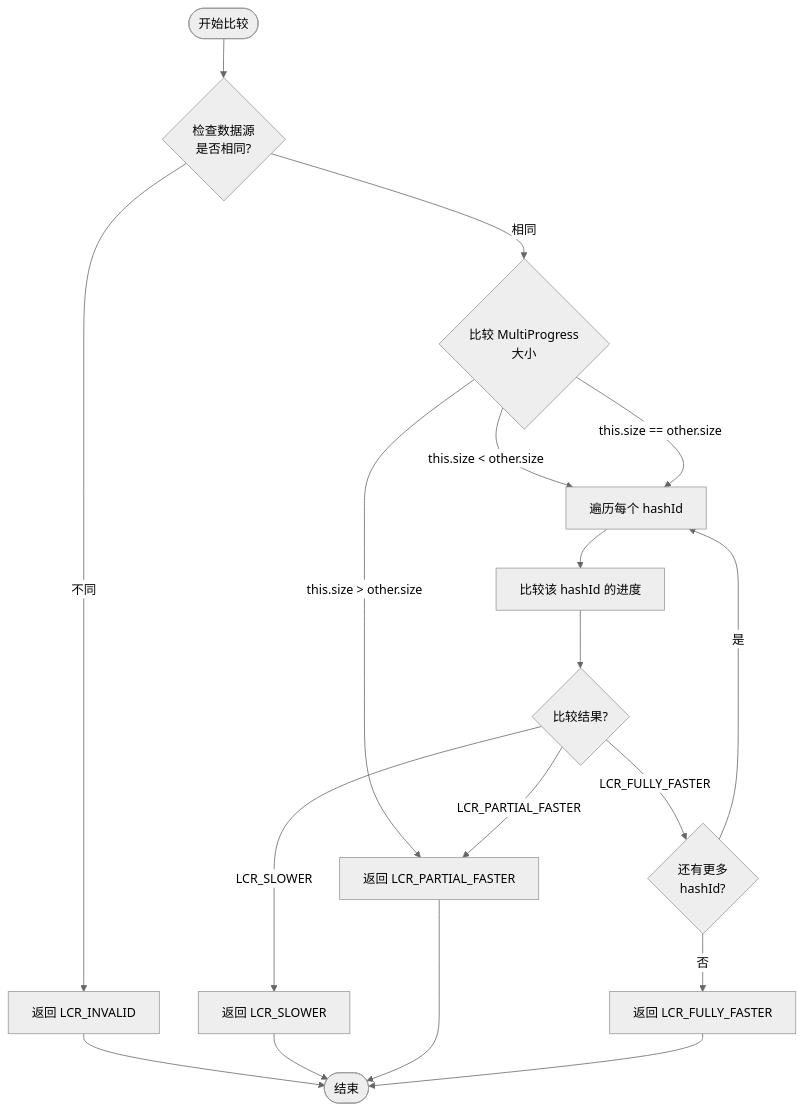
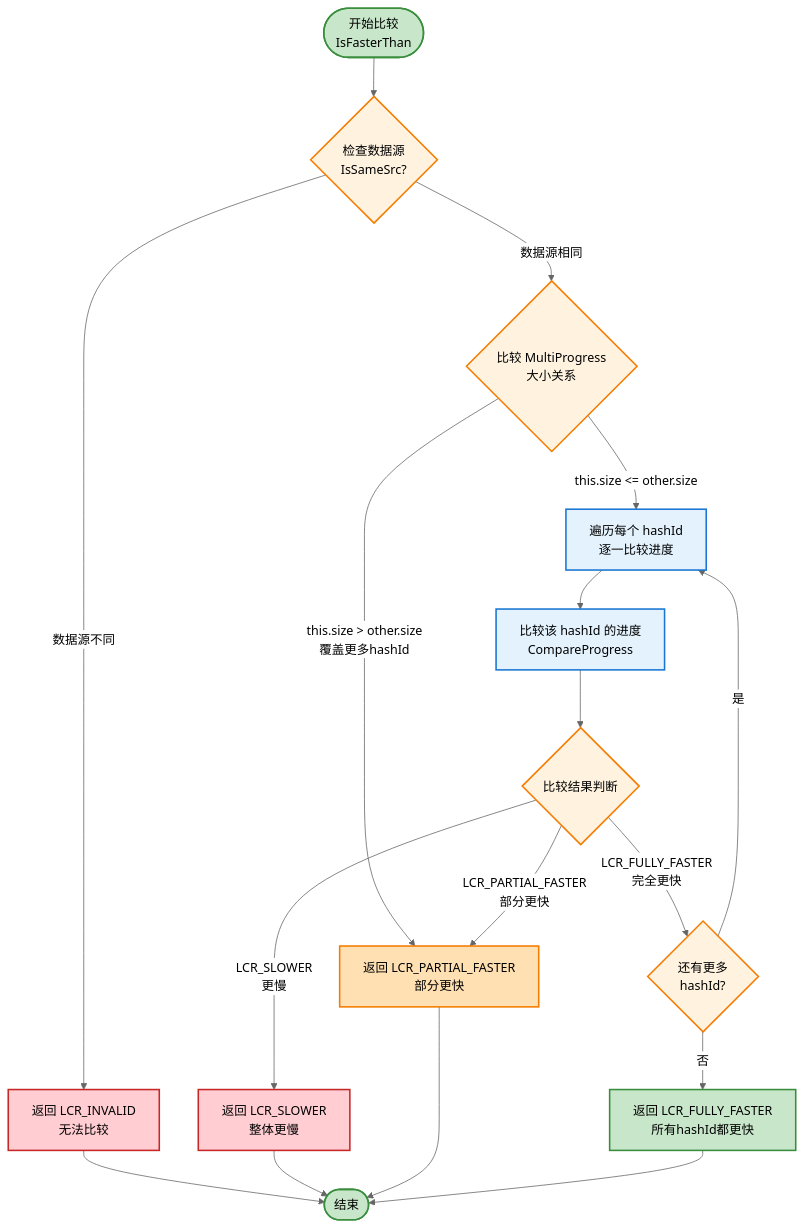
The sixth of 44 diagrams in _posts/2025-07-22-indexlib-9-locator-consistency.md (zhouzhilong-commits/zhouzhilong-commits.github.io), drawn with Mermaid (neutral theme) before and after one commit. The commit also changed other lines of this file and 6 other files, not shown here.

````diff
--- a/_posts/2025-07-22-indexlib-9-locator-consistency.md
+++ b/_posts/2025-07-22-indexlib-9-locator-consistency.md
@@ -334,20 +397,38 @@
 ```mermaid
 flowchart TD
-    Start([开始比较]) --> CheckSrc{检查数据源<br/>是否相同?}
-    CheckSrc -->|不同| ReturnInvalid[返回 LCR_INVALID]
-    CheckSrc -->|相同| CheckSize{比较 MultiProgress<br/>大小}
-    CheckSize -->|this.size > other.size| ReturnPartial[返回 LCR_PARTIAL_FASTER]
-    CheckSize -->|this.size < other.size| CheckEach[遍历每个 hashId]
-    CheckSize -->|this.size == other.size| CheckEach
-    CheckEach --> CompareProgress[比较该 hashId 的进度]
-    CompareProgress --> CheckResult{比较结果?}
-    CheckResult -->|LCR_FULLY_FASTER| CheckNext{还有更多<br/>hashId?}
-    CheckResult -->|LCR_SLOWER| ReturnSlower[返回 LCR_SLOWER]
-    CheckResult -->|LCR_PARTIAL_FASTER| ReturnPartial
+    Start([开始比较<br/>IsFasterThan]) --> CheckSrc{检查数据源<br/>IsSameSrc?}
+    
+    CheckSrc -->|数据源不同| ReturnInvalid[返回 LCR_INVALID<br/>无法比较]
+    CheckSrc -->|数据源相同| CheckSize{比较 MultiProgress<br/>大小关系}
+    
+    CheckSize -->|this.size > other.size<br/>覆盖更多hashId| ReturnPartial[返回 LCR_PARTIAL_FASTER<br/>部分更快]
+    CheckSize -->|this.size <= other.size| CheckEach[遍历每个 hashId<br/>逐一比较进度]
+    
+    CheckEach --> CompareProgress[比较该 hashId 的进度<br/>CompareProgress]
+    CompareProgress --> CheckResult{比较结果判断}
+    
+    CheckResult -->|LCR_FULLY_FASTER<br/>完全更快| CheckNext{还有更多<br/>hashId?}
+    CheckResult -->|LCR_SLOWER<br/>更慢| ReturnSlower[返回 LCR_SLOWER<br/>整体更慢]
+    CheckResult -->|LCR_PARTIAL_FASTER<br/>部分更快| ReturnPartial
+    
     CheckNext -->|是| CheckEach
-    CheckNext -->|否| ReturnFully[返回 LCR_FULLY_FASTER]
+    CheckNext -->|否| ReturnFully[返回 LCR_FULLY_FASTER<br/>所有hashId都更快]
+    
     ReturnInvalid --> End([结束])
     ReturnSlower --> End
     ReturnPartial --> End
     ReturnFully --> End
+    
+    style Start fill:#c8e6c9,stroke:#388e3c,stroke-width:2px
+    style End fill:#c8e6c9,stroke:#388e3c,stroke-width:2px
+    style CheckSrc fill:#fff3e0,stroke:#f57c00,stroke-width:2px
+    style CheckSize fill:#fff3e0,stroke:#f57c00,stroke-width:2px
+    style CheckResult fill:#fff3e0,stroke:#f57c00,stroke-width:2px
+    style CheckNext fill:#fff3e0,stroke:#f57c00,stroke-width:2px
+    style ReturnInvalid fill:#ffcdd2,stroke:#c62828,stroke-width:2px
+    style ReturnSlower fill:#ffcdd2,stroke:#c62828,stroke-width:2px
+    style ReturnPartial fill:#ffe0b2,stroke:#f57c00,stroke-width:2px
+    style ReturnFully fill:#c8e6c9,stroke:#388e3c,stroke-width:2px
+    style CheckEach fill:#e3f2fd,stroke:#1976d2,stroke-width:2px
+    style CompareProgress fill:#e3f2fd,stroke:#1976d2,stroke-width:2px
 ```
````
